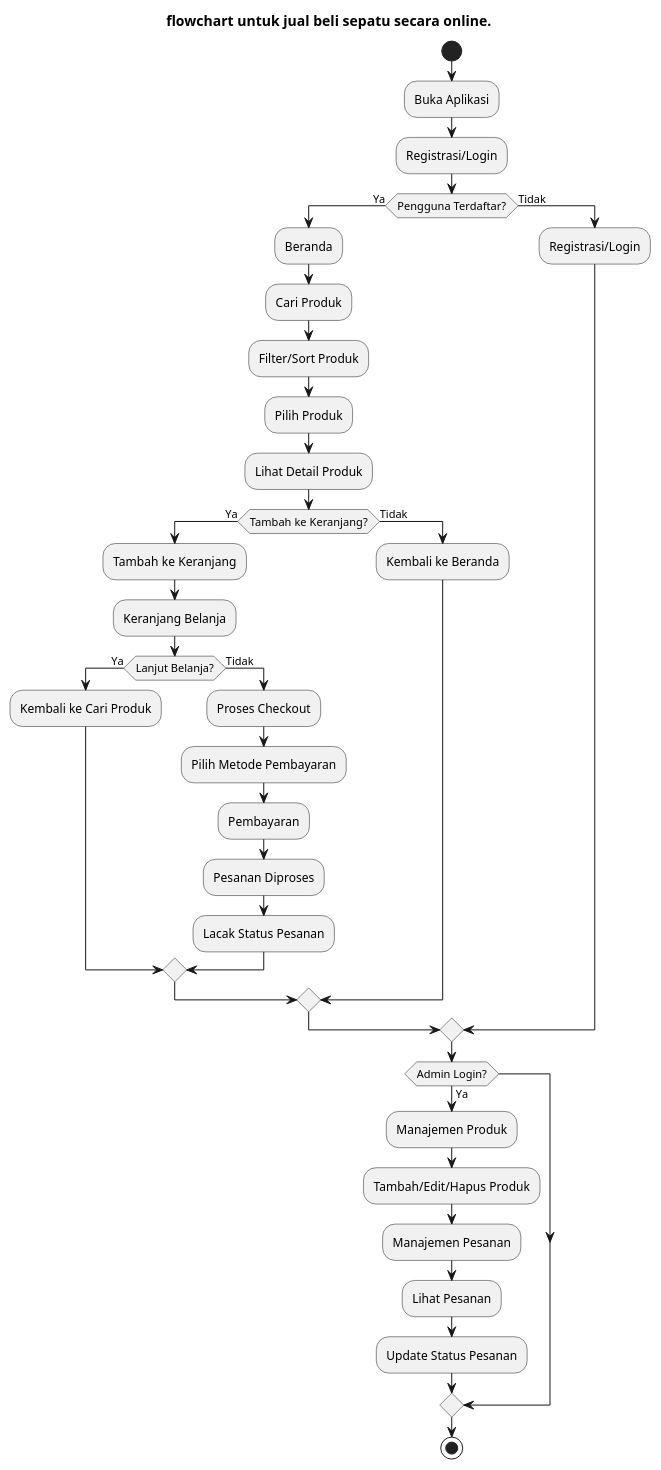
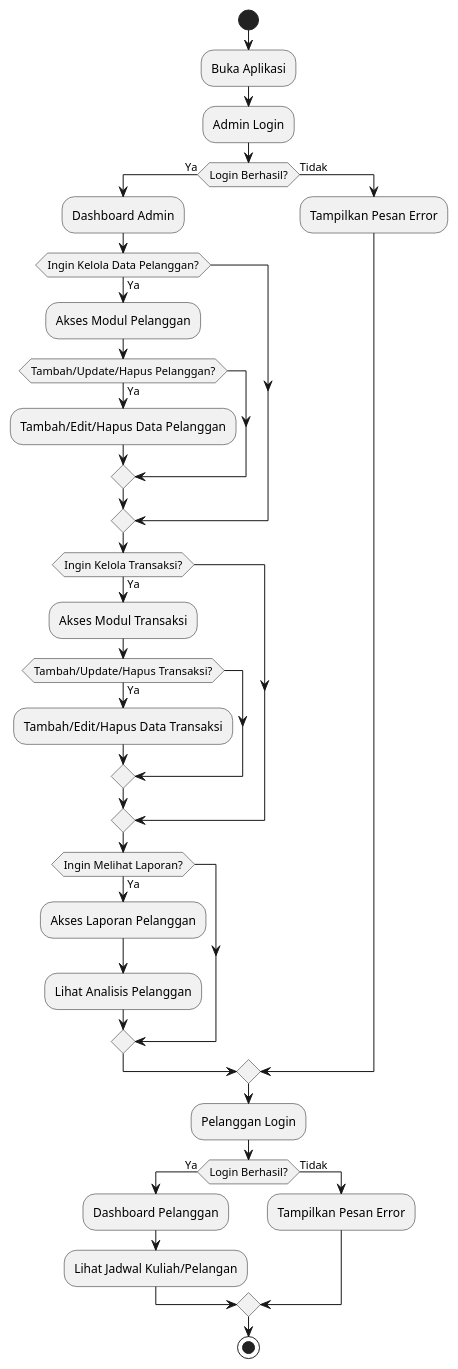
The diagram in UTS/flowchart/flowchart.puml (fitracandra/DAA), drawn with PlantUML before and after one commit. The commit also changed 64 other files, not shown here.

```diff
--- a/UTS/flowchart/flowchart.puml
+++ b/UTS/flowchart/flowchart.puml
@@ -1,42 +1,37 @@
-@startuml Jualbeli
-title flowchart untuk jual beli sepatu secara online.
+@startuml Pelanggan
+start
 
-start
 :Buka Aplikasi;
-:Registrasi/Login;
-if (Pengguna Terdaftar?) then (Ya)
-  :Beranda;
-  :Cari Produk;
-  :Filter/Sort Produk;
-  :Pilih Produk;
-  :Lihat Detail Produk;
-  if (Tambah ke Keranjang?) then (Ya)
-    :Tambah ke Keranjang;
-    :Keranjang Belanja;
-    if (Lanjut Belanja?) then (Ya)
-      :Kembali ke Cari Produk;
-    else (Tidak)
-      :Proses Checkout;
-      :Pilih Metode Pembayaran;
-      :Pembayaran;
-      :Pesanan Diproses;
-      :Lacak Status Pesanan;
+:Admin Login;
+if (Login Berhasil?) then (Ya)
+    :Dashboard Admin;
+    if (Ingin Kelola Data Pelanggan?) then (Ya)
+        :Akses Modul Pelanggan;
+        if (Tambah/Update/Hapus Pelanggan?) then (Ya)
+            :Tambah/Edit/Hapus Data Pelanggan;
+        endif
     endif
-  else (Tidak)
-    :Kembali ke Beranda;
-  endif
+    if (Ingin Kelola Transaksi?) then (Ya)
+        :Akses Modul Transaksi;
+        if (Tambah/Update/Hapus Transaksi?) then (Ya)
+            :Tambah/Edit/Hapus Data Transaksi;
+        endif
+    endif
+    if (Ingin Melihat Laporan?) then (Ya)
+        :Akses Laporan Pelanggan;
+        :Lihat Analisis Pelanggan;
+    endif
 else (Tidak)
-  :Registrasi/Login;
+    :Tampilkan Pesan Error;
 endif
 
-if (Admin Login?) then (Ya)
-  :Manajemen Produk;
-  :Tambah/Edit/Hapus Produk;
-  :Manajemen Pesanan;
-  :Lihat Pesanan;
-  :Update Status Pesanan;
+:Pelanggan Login;
+if (Login Berhasil?) then (Ya)
+    :Dashboard Pelanggan;
+    :Lihat Jadwal Kuliah/Pelangan;
+else (Tidak)
+    :Tampilkan Pesan Error;
 endif
 
 stop
-
 @enduml
```
